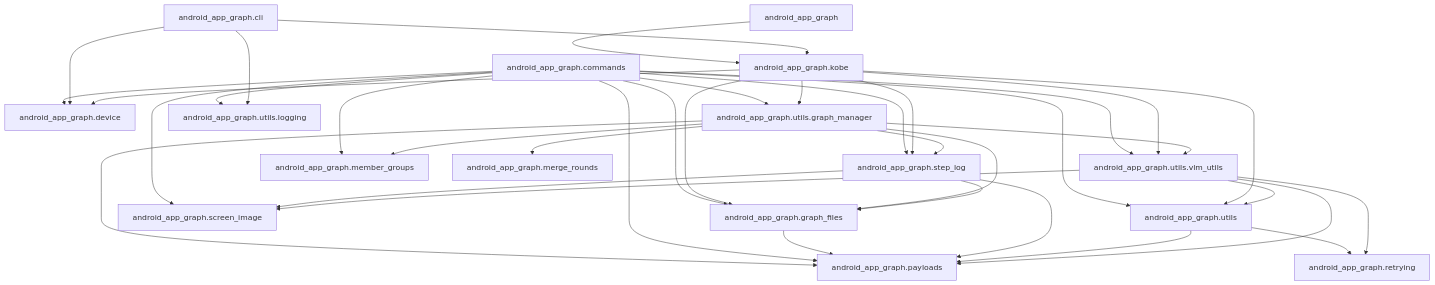
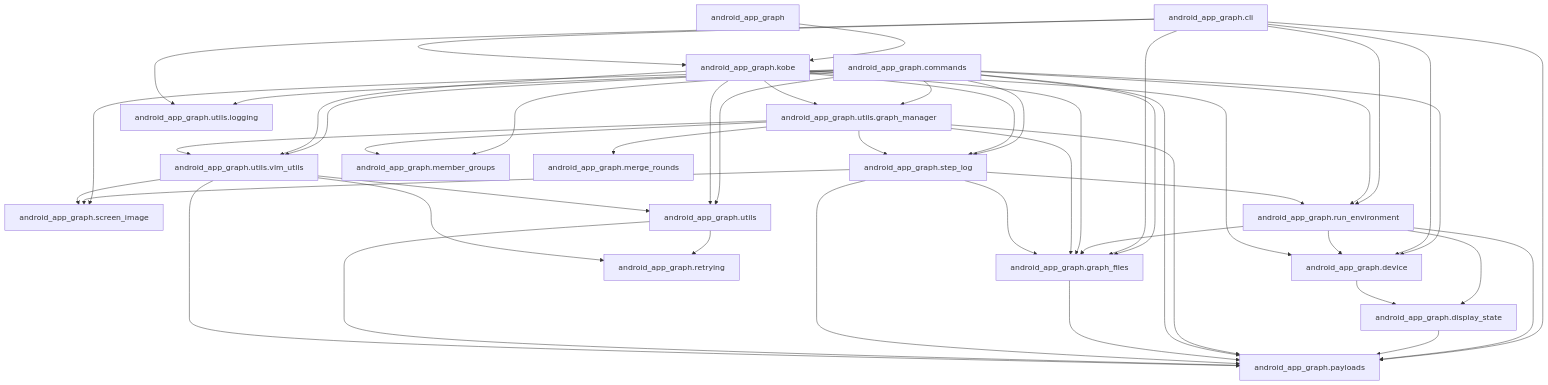
The diagram in README.md (john-agi/Android-App-Graph), drawn with Mermaid before and after one commit. The commit also changed other lines of this file and 4 other files, not shown here.

````diff
--- a/README.md
+++ b/README.md
@@ -55,39 +55,50 @@
 ```mermaid
 graph TD;
     pkg["android_app_graph"] --> kobe["android_app_graph.kobe"];
     cmd["android_app_graph.commands"] --> dev["android_app_graph.device"];
     cmd --> gf["android_app_graph.graph_files"];
     cmd --> img["android_app_graph.screen_image"];
     cmd --> steps["android_app_graph.step_log"];
     cmd --> utils["android_app_graph.utils"];
     cmd --> gm["android_app_graph.utils.graph_manager"];
     cmd --> logging["android_app_graph.utils.logging"];
     cmd --> vlm["android_app_graph.utils.vlm_utils"];
     cli["android_app_graph.cli"] --> dev;
     cli --> kobe;
     cli --> logging;
+    cli --> gf;
+    cli --> pay;
+    cli --> env["android_app_graph.run_environment"];
+    cmd --> env;
+    steps --> env;
+    env --> dev;
+    env --> display["android_app_graph.display_state"];
+    env --> gf;
+    env --> pay;
+    dev --> display;
+    display --> pay;
     kobe --> dev;
     kobe --> gf;
     kobe --> steps;
     kobe --> utils;
     kobe --> gm;
     kobe --> vlm;
     cmd --> groups["android_app_graph.member_groups"];
     gm --> gf;
     gm --> groups;
     gm --> rounds["android_app_graph.merge_rounds"];
     gm --> pay["android_app_graph.payloads"];
     cmd --> pay;
     gm --> steps;
     gm --> vlm;
     gf --> pay;
     steps --> gf;
     steps --> pay;
     steps --> img;
     utils --> pay;
     utils --> retry["android_app_graph.retrying"];
     vlm --> pay;
     vlm --> retry;
     vlm --> img;
     vlm --> utils;
 ```
````
